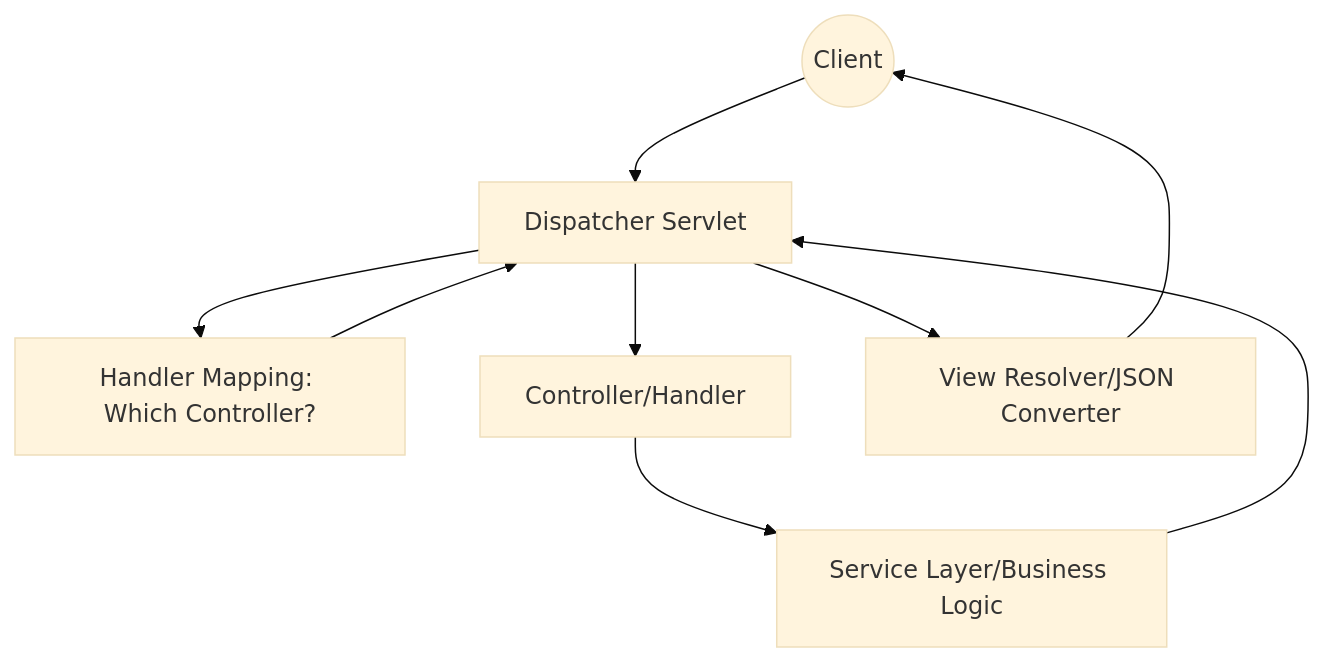
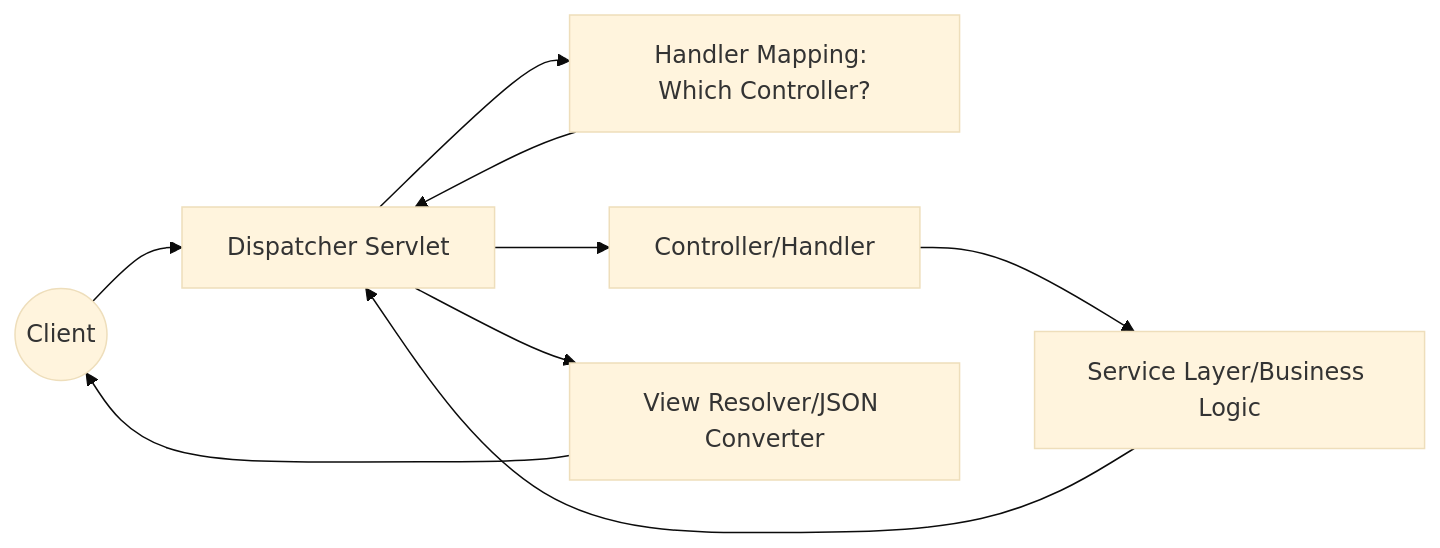
One commit to JDevAman/learnSpace changed the second of 3 diagrams in dev/backend/springboot/dump.md. Above: the diagram before and after it, drawn with Mermaid (base theme). The commit also changed other lines of this file, not shown here.

````diff
--- a/dev/backend/springboot/dump.md
+++ b/dev/backend/springboot/dump.md
@@ -33,11 +33,11 @@
-      ``` mermaid
-        flowchart TD
-            Client((Client)) --> DS[Dispatcher Servlet]
-        DS --> HM[Handler Mapping: Which Controller?]
-        HM --> DS
-        DS --> Controller[Controller/Handler]
-        Controller --> Service[Service Layer/Business Logic]
-        Service --> DS
-        DS --> VR[View Resolver/JSON Converter]
-        VR --> Client
-      ```
+    ```mermaid
+      flowchart LR
+          Client((Client)) --> DS[Dispatcher Servlet]
+      DS --> HM[Handler Mapping: Which Controller?]
+      HM --> DS
+      DS --> Controller[Controller/Handler]
+      Controller --> Service[Service Layer/Business Logic]
+      Service --> DS
+      DS --> VR[View Resolver/JSON Converter]
+      VR --> Client
+    ```
````
